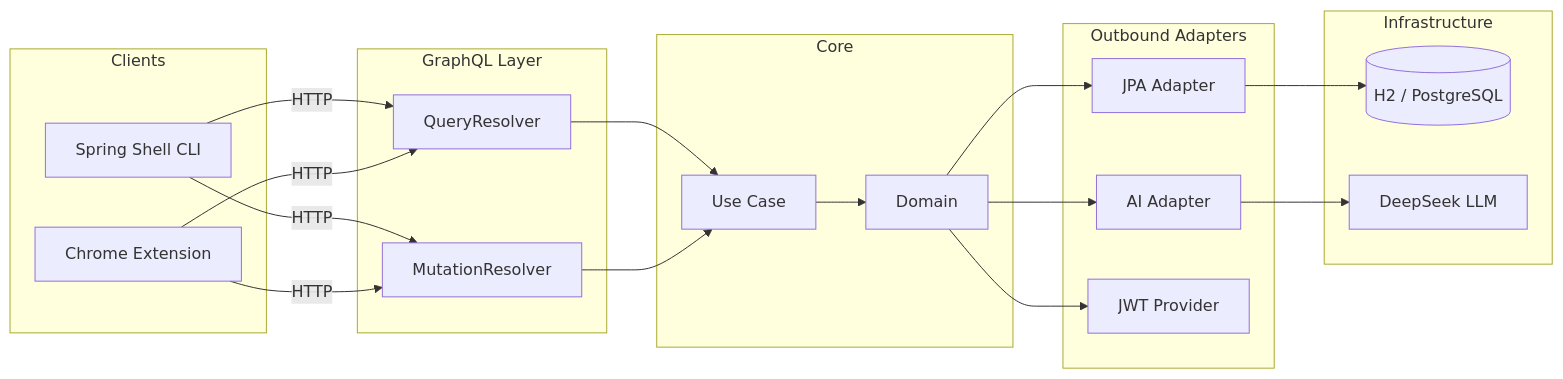
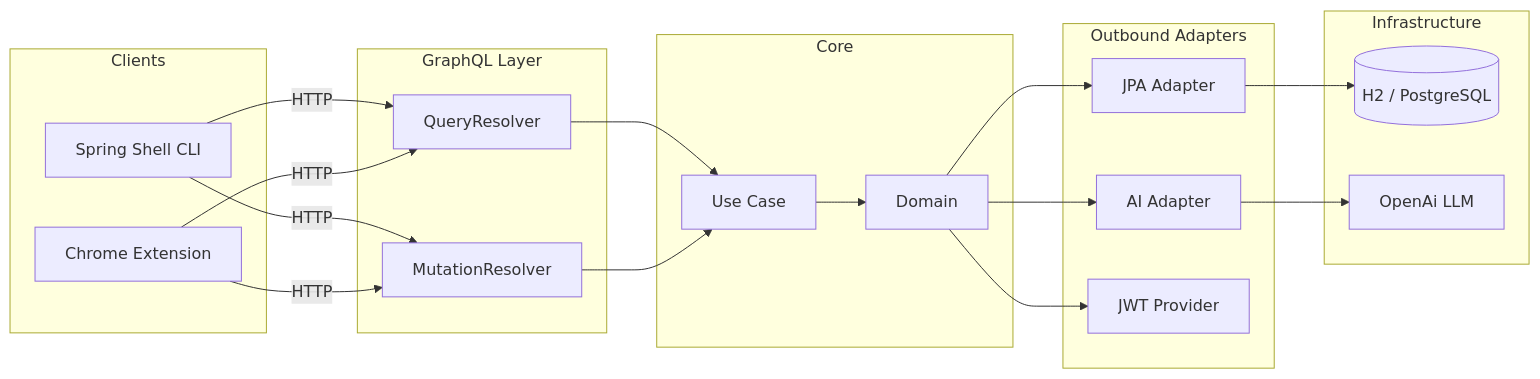
Before and after one commit to JuanPabloJimenezEsclusa/alexandra-job-tracker: the second of 3 diagrams in README.md, drawn with Mermaid. The commit also changed other lines of this file and 118 other files, not shown here.

Commit message:
refactor(architecture): add submit job posting events

````diff
--- a/README.md
+++ b/README.md
@@ -150,35 +150,35 @@
 ```mermaid
 flowchart LR
     subgraph clients [Clients]
         CLI["Spring Shell CLI"]
         Ext["Chrome Extension"]
     end
 
     subgraph api [GraphQL Layer]
         QR["QueryResolver"]
         MR["MutationResolver"]
     end
 
     subgraph core [Core]
         UC["Use Case"]
         Domain["Domain"]
     end
 
     subgraph outbound [Outbound Adapters]
         JPA["JPA Adapter"]
         AI["AI Adapter"]
         JWT["JWT Provider"]
     end
 
     subgraph storage [Infrastructure]
         DB[("H2 / PostgreSQL")]
-        LLM["DeepSeek LLM"]
+        LLM["OpenAi LLM"]
     end
 
     CLI --> |HTTP| QR & MR
     Ext --> |HTTP| QR & MR
     QR & MR --> UC --> Domain
     Domain --> JPA & AI & JWT
     JPA --> DB
     AI --> LLM
 ```
````
